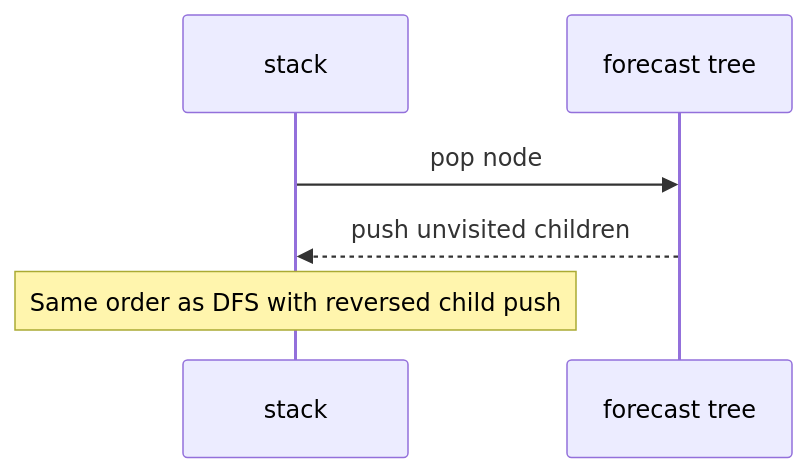
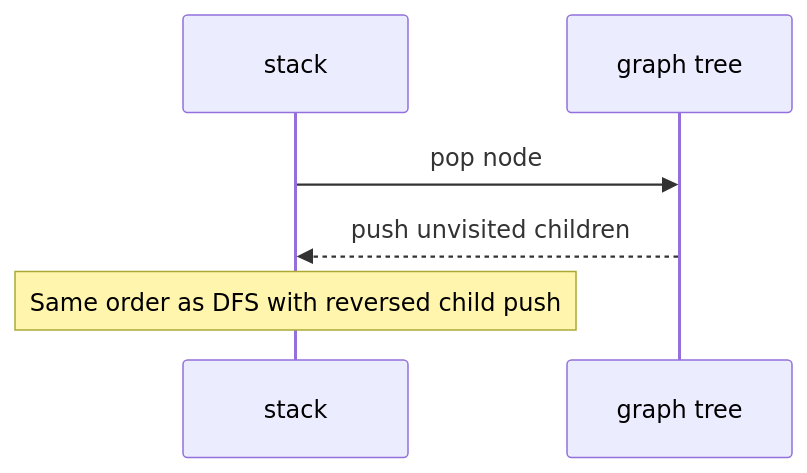
One commit to qgjones9/python-programming-guide changed the eighth of 8 diagrams in docs/dsa/data-structures/stacks/index.md. Above: the diagram before and after it, drawn with Mermaid. The commit also changed other lines of this file and 31 other files, not shown here.

````diff
--- a/docs/dsa/data-structures/stacks/index.md
+++ b/docs/dsa/data-structures/stacks/index.md
@@ -711,8 +711,8 @@
 ```mermaid
 sequenceDiagram
-  participant S as stack
-  participant Tree as forecast tree
-  S->>Tree: pop node
-  Tree-->>S: push unvisited children
-  Note over S: Same order as DFS with reversed child push
+ participant S as stack
+ participant Tree as graph tree
+ S->>Tree: pop node
+ Tree-->>S: push unvisited children
+ Note over S: Same order as DFS with reversed child push
 ```
````
